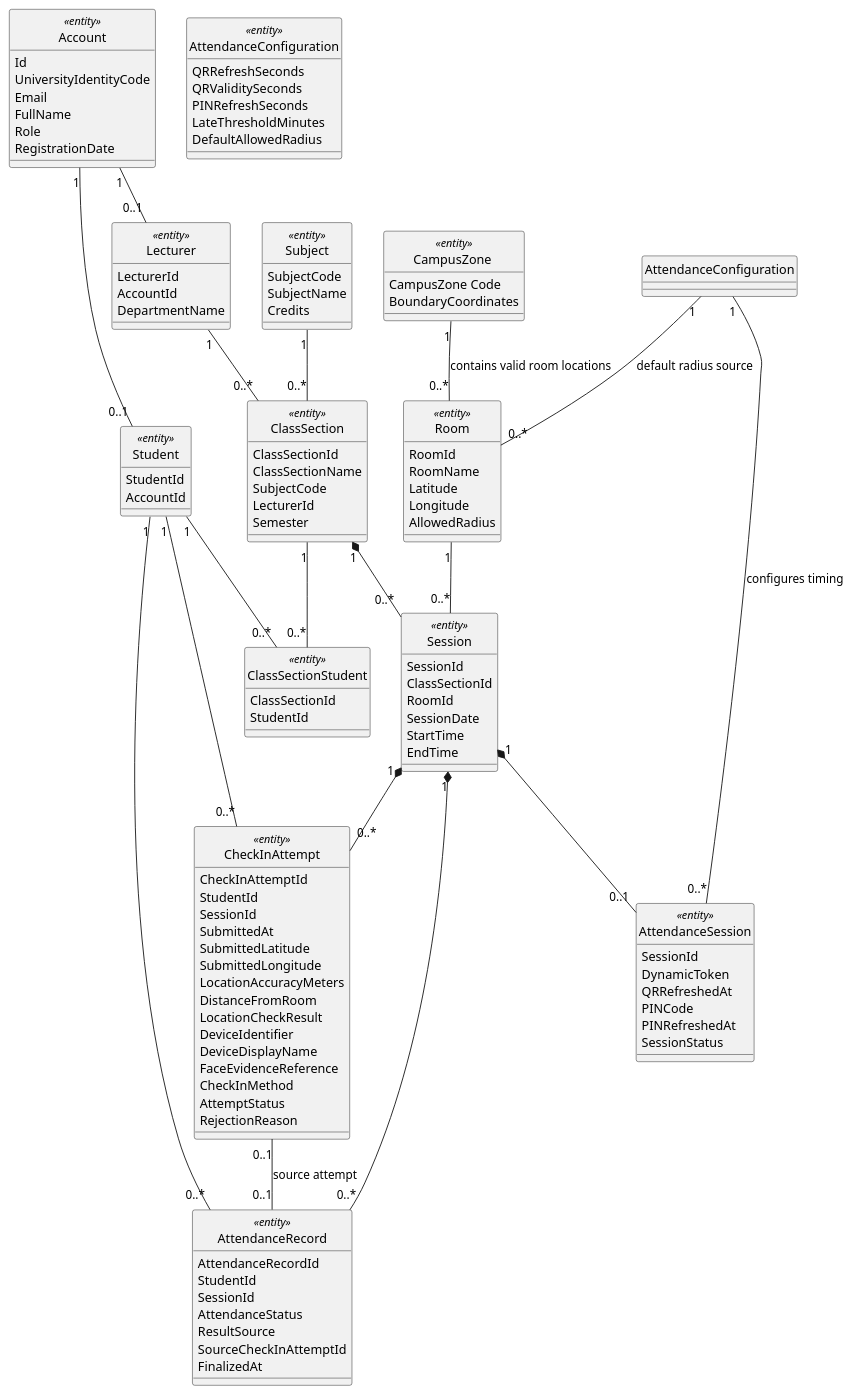
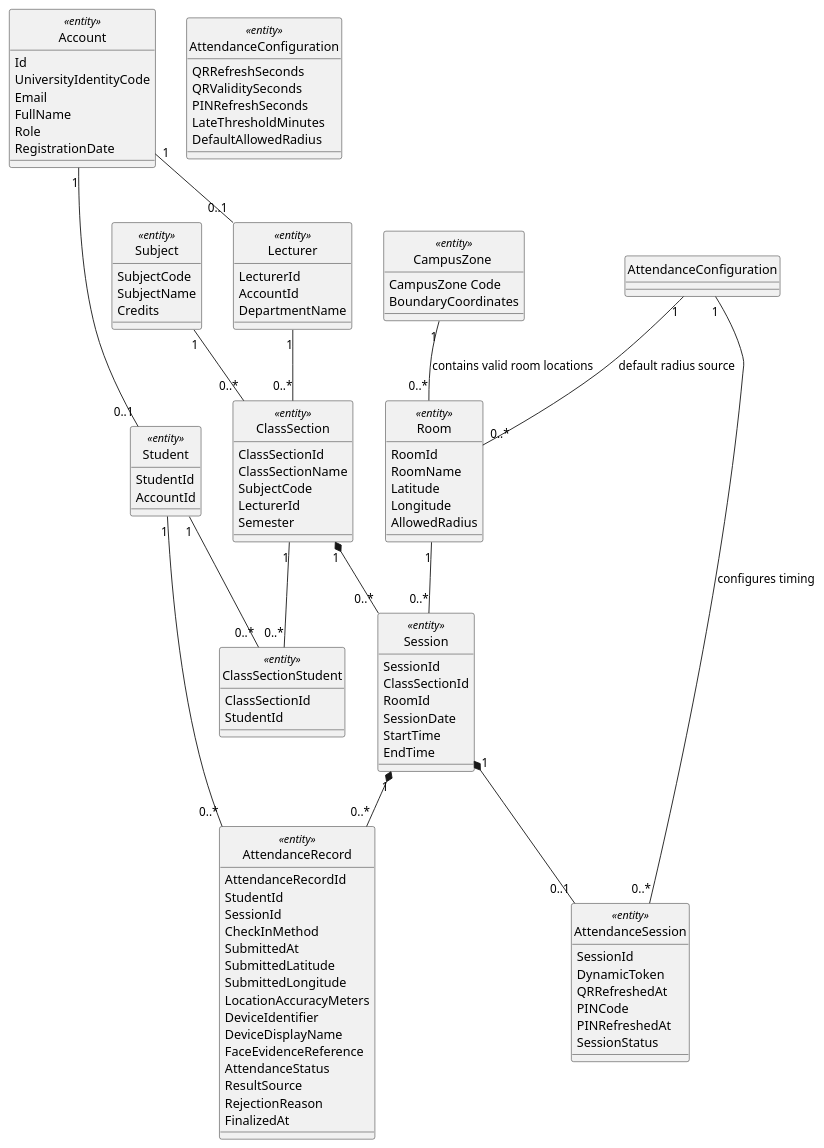
One commit to nttung42/SWD392 changed the first of 28 diagrams in docs/rds/2_Analysis.md. Above: the diagram before and after it, drawn with PlantUML. The commit also changed other lines of this file and 4 other files, not shown here.

Commit message:
not force calculate distance and merge checkin attemp with attendance record

```diff
--- a/docs/rds/2_Analysis.md
+++ b/docs/rds/2_Analysis.md
@@ -95,31 +95,21 @@
   DefaultAllowedRadius
 }
 
-class "CheckInAttempt" as CheckInAttempt <<entity>> {
-  CheckInAttemptId
+class "AttendanceRecord" as AttendanceRecord <<entity>> {
+  AttendanceRecordId
   StudentId
   SessionId
+  CheckInMethod
   SubmittedAt
   SubmittedLatitude
   SubmittedLongitude
   LocationAccuracyMeters
-  DistanceFromRoom
-  LocationCheckResult
   DeviceIdentifier
   DeviceDisplayName
   FaceEvidenceReference
-  CheckInMethod
-  AttemptStatus
-  RejectionReason
-}
-
-class "AttendanceRecord" as AttendanceRecord <<entity>> {
-  AttendanceRecordId
-  StudentId
-  SessionId
   AttendanceStatus
   ResultSource
-  SourceCheckInAttemptId
+  RejectionReason
   FinalizedAt
 }
 
@@ -133,11 +123,8 @@
 ClassSection "1" *-- "0..*" Session
 Room "1" -- "0..*" Session
 Session "1" *-- "0..1" AttendanceSession
-Session "1" *-- "0..*" CheckInAttempt
-Student "1" -- "0..*" CheckInAttempt
 Session "1" *-- "0..*" AttendanceRecord
 Student "1" -- "0..*" AttendanceRecord
-CheckInAttempt "0..1" -- "0..1" AttendanceRecord : source attempt
 AttendanceConfiguration "1" -- "0..*" AttendanceSession : configures timing
 AttendanceConfiguration "1" -- "0..*" Room : default radius source
 @enduml
```
